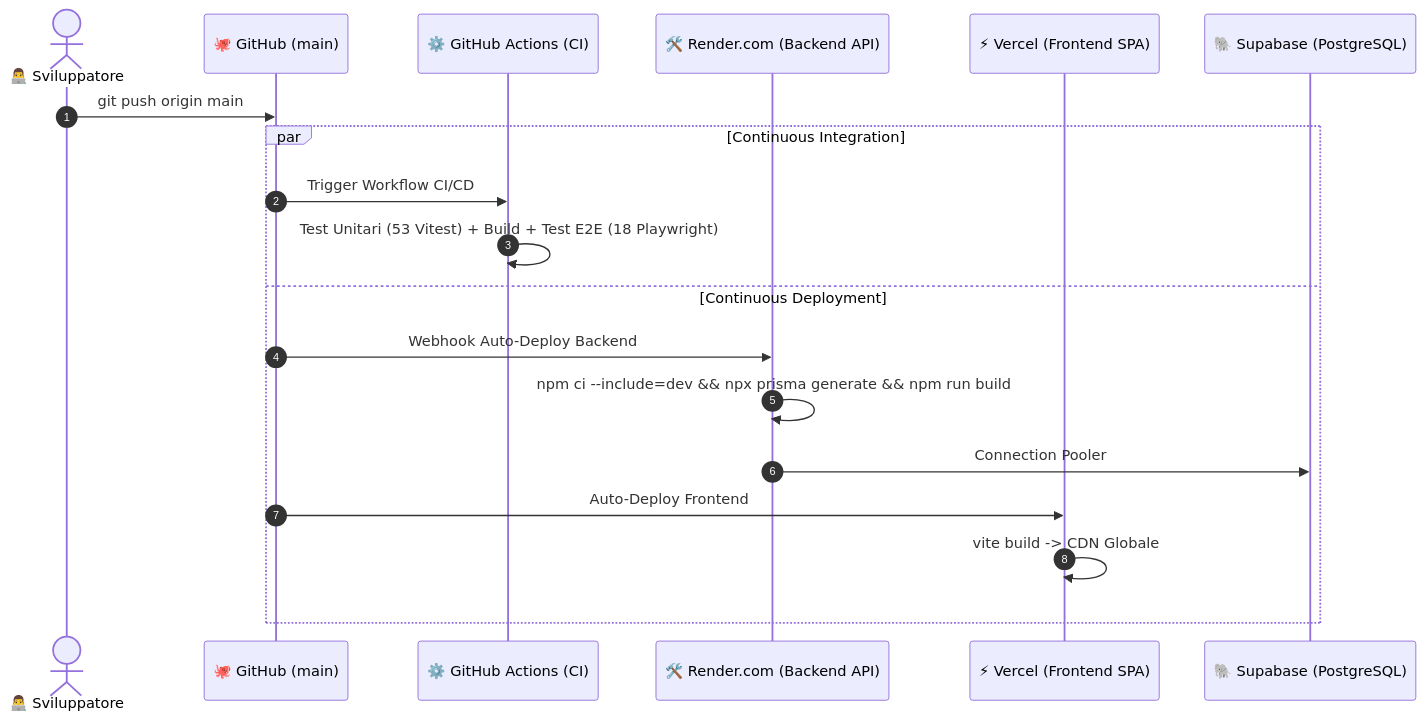
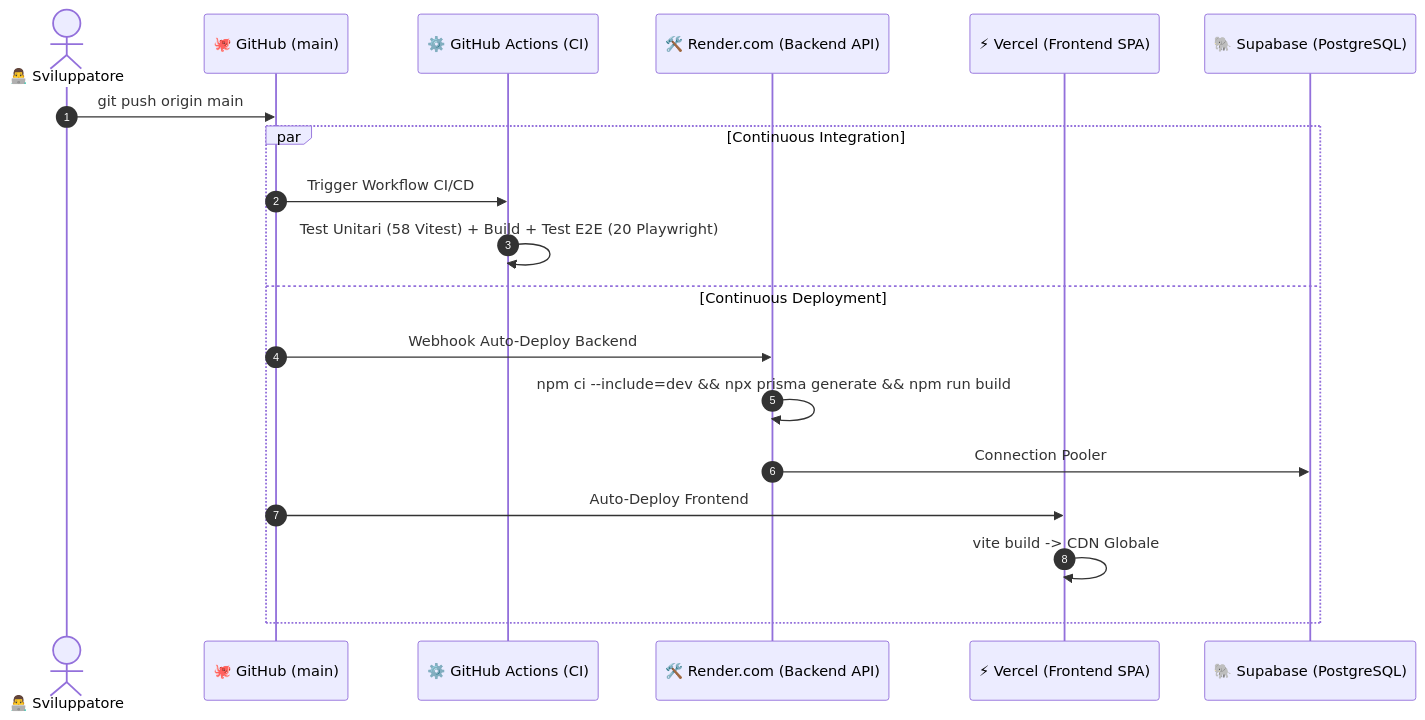
Before and after one commit to LucaBarrella/RoadToUnina: the diagram in README.md, drawn with Mermaid. The commit also changed other lines of this file and 2 other files, not shown here.

Commit message:
docs: align test badges in README, regenerate formal delivery zip and doc_consegna.pdf

````diff
--- a/README.md
+++ b/README.md
@@ -61,22 +61,22 @@
 ```mermaid
 sequenceDiagram
     autonumber
     actor Dev as 👨‍💻 Sviluppatore
     participant Git as 🐙 GitHub (main)
     participant GHA as ⚙️ GitHub Actions (CI)
     participant Ren as 🛠️ Render.com (Backend API)
     participant Ver as ⚡ Vercel (Frontend SPA)
     participant DB as 🐘 Supabase (PostgreSQL)
 
     Dev->>Git: git push origin main
     par Continuous Integration
         Git->>GHA: Trigger Workflow CI/CD
-        GHA->>GHA: Test Unitari (53 Vitest) + Build + Test E2E (18 Playwright)
+        GHA->>GHA: Test Unitari (58 Vitest) + Build + Test E2E (20 Playwright)
     and Continuous Deployment
         Git->>Ren: Webhook Auto-Deploy Backend
         Ren->>Ren: npm ci --include=dev && npx prisma generate && npm run build
         Ren->>DB: Connection Pooler
         Git->>Ver: Auto-Deploy Frontend
         Ver->>Ver: vite build -> CDN Globale
     end
 ```
````
